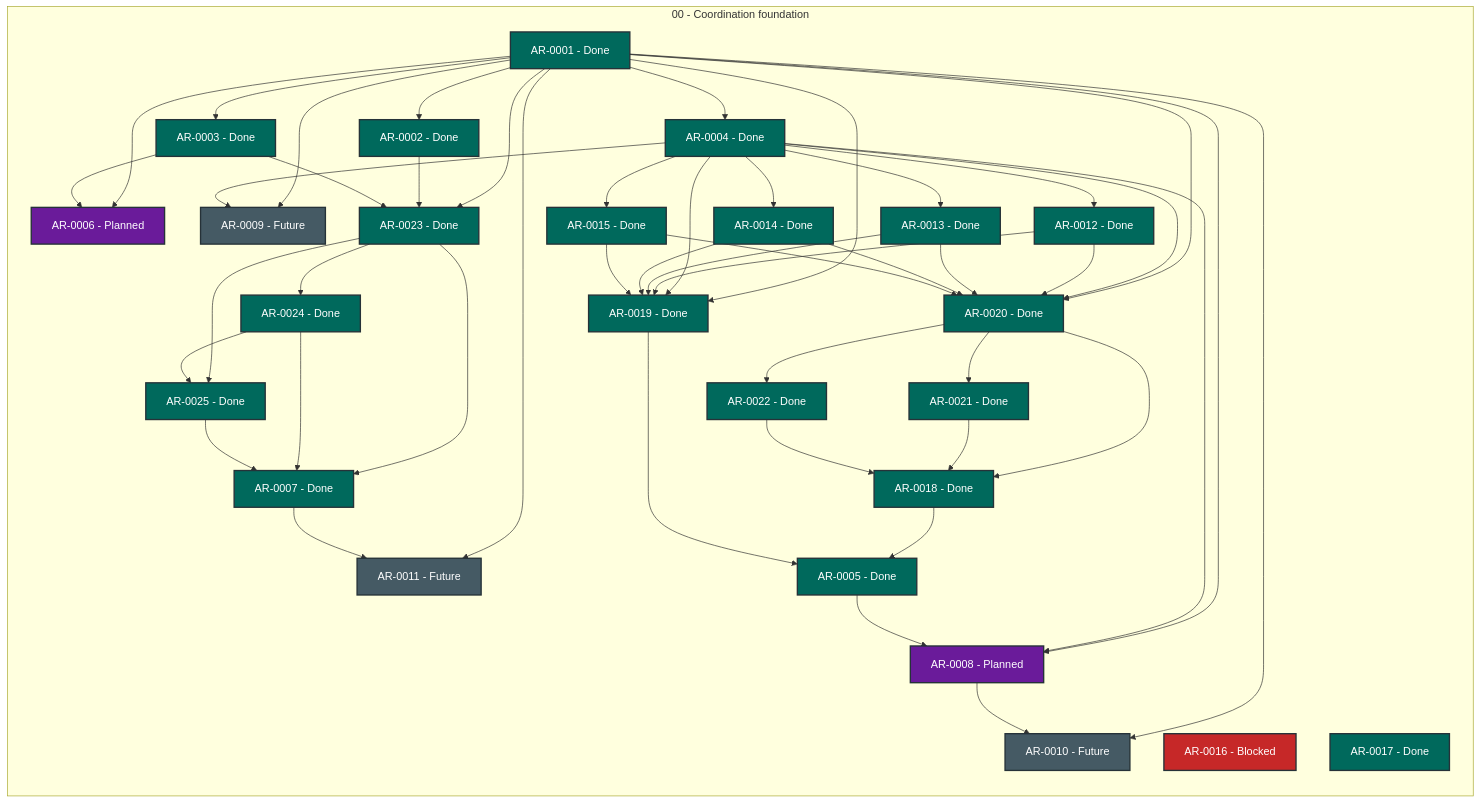
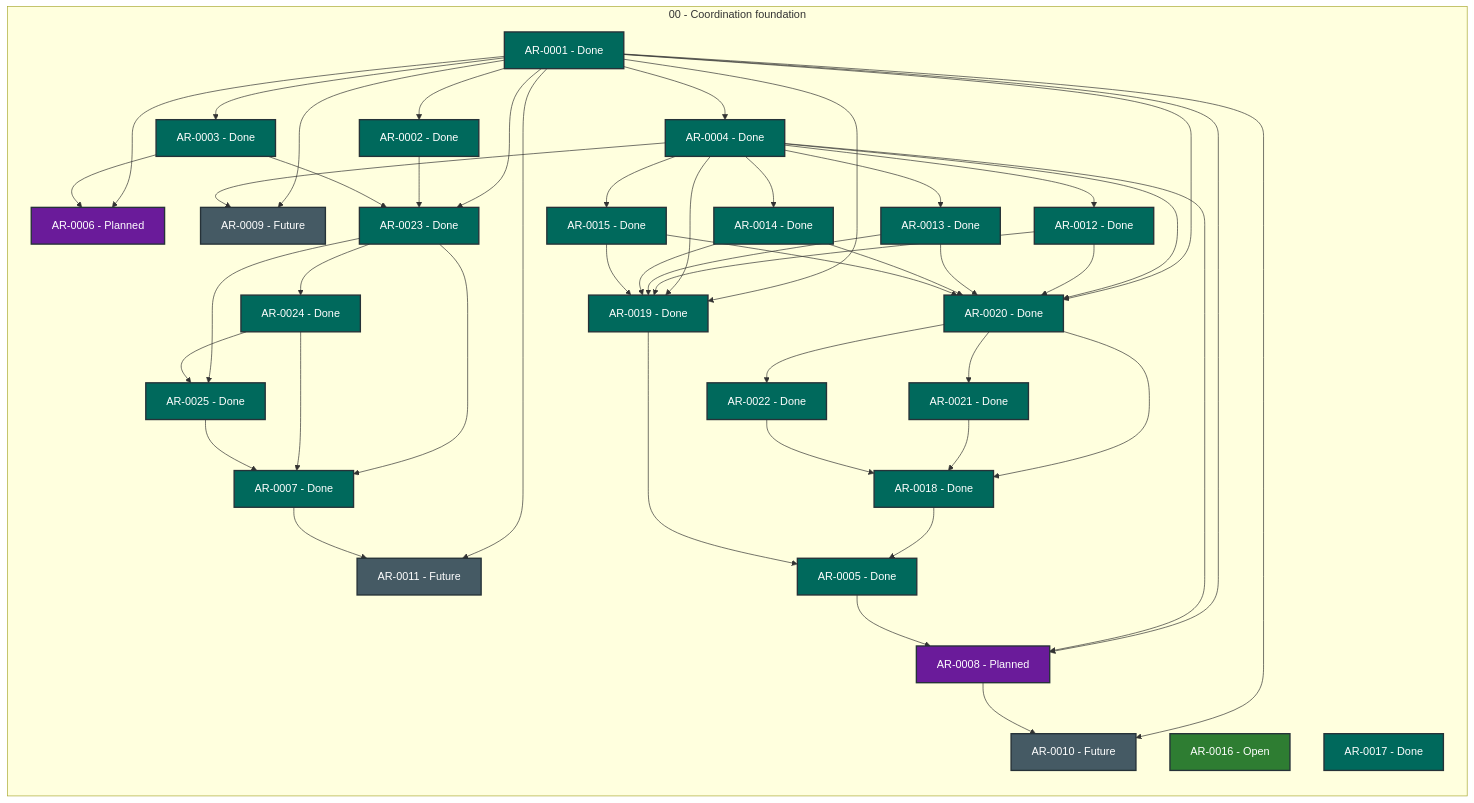
One commit to martin-beck/agent-workflow-quality-state changed the diagram in STATUS.md. Above: the diagram before and after it, drawn with Mermaid. The commit also changed other lines of this file and 2 other files, not shown here.

```diff
--- a/STATUS.md
+++ b/STATUS.md
@@ -43,7 +43,7 @@
         AR_0013["AR-0013 - Done"]:::status_done
         AR_0014["AR-0014 - Done"]:::status_done
         AR_0015["AR-0015 - Done"]:::status_done
-        AR_0016["AR-0016 - Blocked"]:::status_blocked
+        AR_0016["AR-0016 - Open"]:::status_open
         AR_0017["AR-0017 - Done"]:::status_done
         AR_0018["AR-0018 - Done"]:::status_done
         AR_0019["AR-0019 - Done"]:::status_done
```
